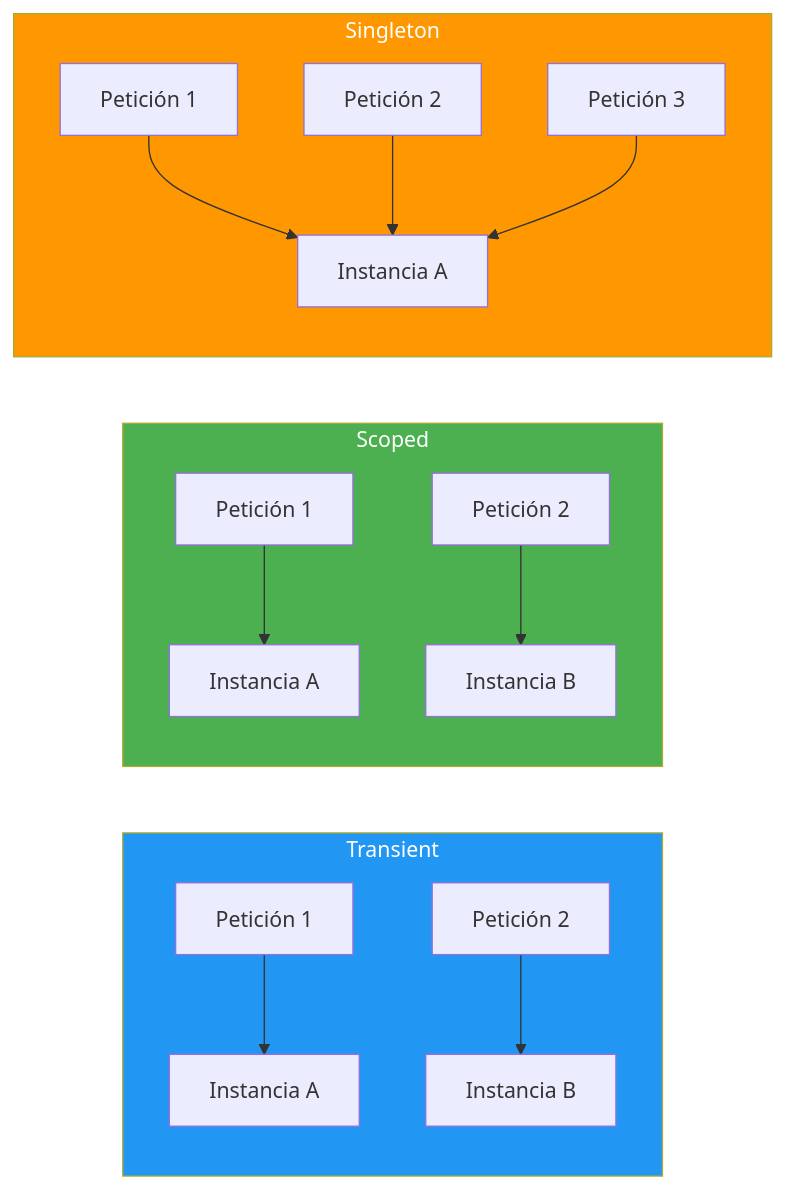
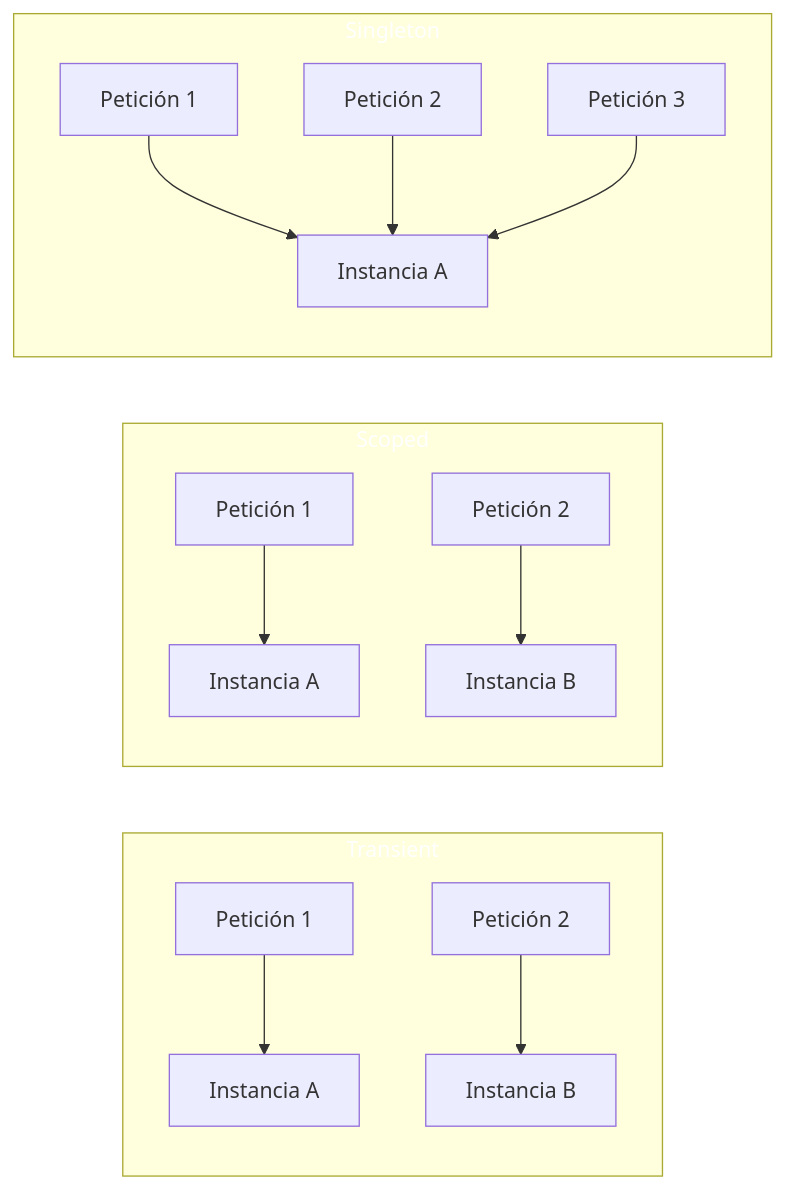
Before and after one commit to joseluisgs/DesarrolloWebEntornosServidor-01-2026-2027: the third of 6 diagrams in 11-inyeccion-dependencias.md, drawn with Mermaid. The commit also changed other lines of this file and 66 other files, not shown here.

First line of the commit message:
fix: normalizar titulos al castellano de frase y corregir la paleta de mermaid

````diff
--- a/11-inyeccion-dependencias.md
+++ b/11-inyeccion-dependencias.md
@@ -141,22 +141,22 @@
 ```mermaid
 graph LR
     subgraph TRANSIENT["Transient"]
         T1["Petición 1"] --> T2["Instancia A"]
         T3["Petición 2"] --> T4["Instancia B"]
     end
 
     subgraph SCOPED["Scoped"]
         S1["Petición 1"] --> S2["Instancia A"]
         S3["Petición 2"] --> S4["Instancia B"]
     end
 
     subgraph SINGLETON["Singleton"]
         N1["Petición 1"] --> N2["Instancia A"]
         N3["Petición 2"] --> N2
         N4["Petición 3"] --> N2
     end
 
-    style TRANSIENT fill:#2196F3,color:#fff
-    style SCOPED fill:#4CAF50,color:#fff
-    style SINGLETON fill:#FF9800,color:#fff
+    style TRANSIENT fill:#2196F,color:#fff3,color:#fff
+    style SCOPED fill:#4CAF5,color:#fff0,color:#fff
+    style SINGLETON fill:#FF980,color:#fff0,color:#fff
 ```
````
